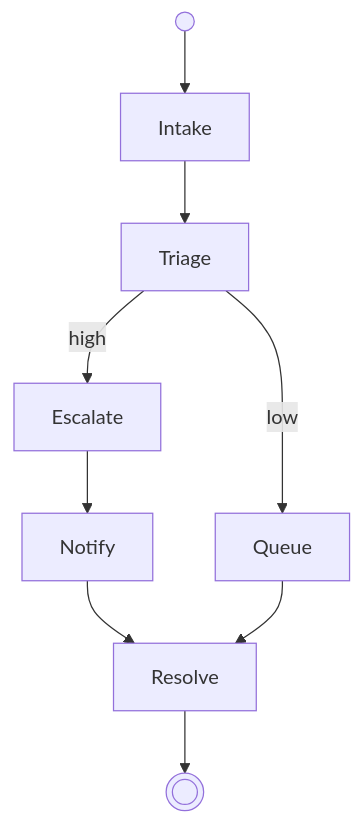
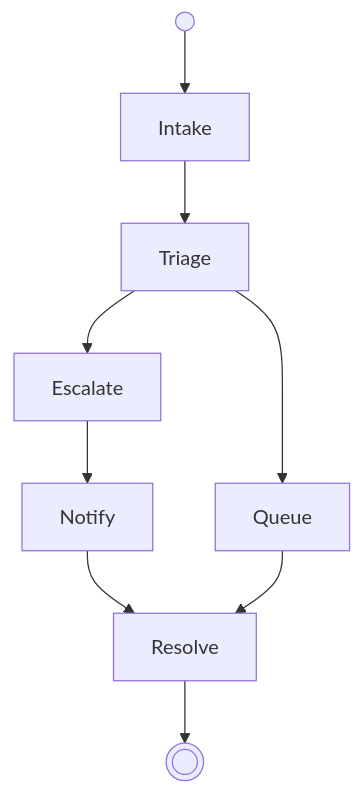
Before and after one commit to m2ux/prosiform: the diagram in evals/diagram-following/workflows/branching/linked/workflow.md, drawn with Mermaid. The commit also changed other lines of this file and 16 other files, not shown here.

````diff
--- a/evals/diagram-following/workflows/branching/linked/workflow.md
+++ b/evals/diagram-following/workflows/branching/linked/workflow.md
@@ -7,18 +5,18 @@
 ```mermaid
 flowchart TD
     start(( )) --> Intake
     Intake --> Triage
-    Triage -->|high| Escalate
-    Triage -->|low| Queue
+    Triage --> Escalate
+    Triage --> Queue
     Escalate --> Notify
     Notify --> Resolve
     Queue --> Resolve
     Resolve --> stop((( )))
 
     click Intake href "states/intake.md"
     click Triage href "states/triage.md"
     click Escalate href "states/escalate.md"
     click Notify href "states/notify.md"
     click Queue href "states/queue.md"
     click Resolve href "states/resolve.md"
 ```
````
